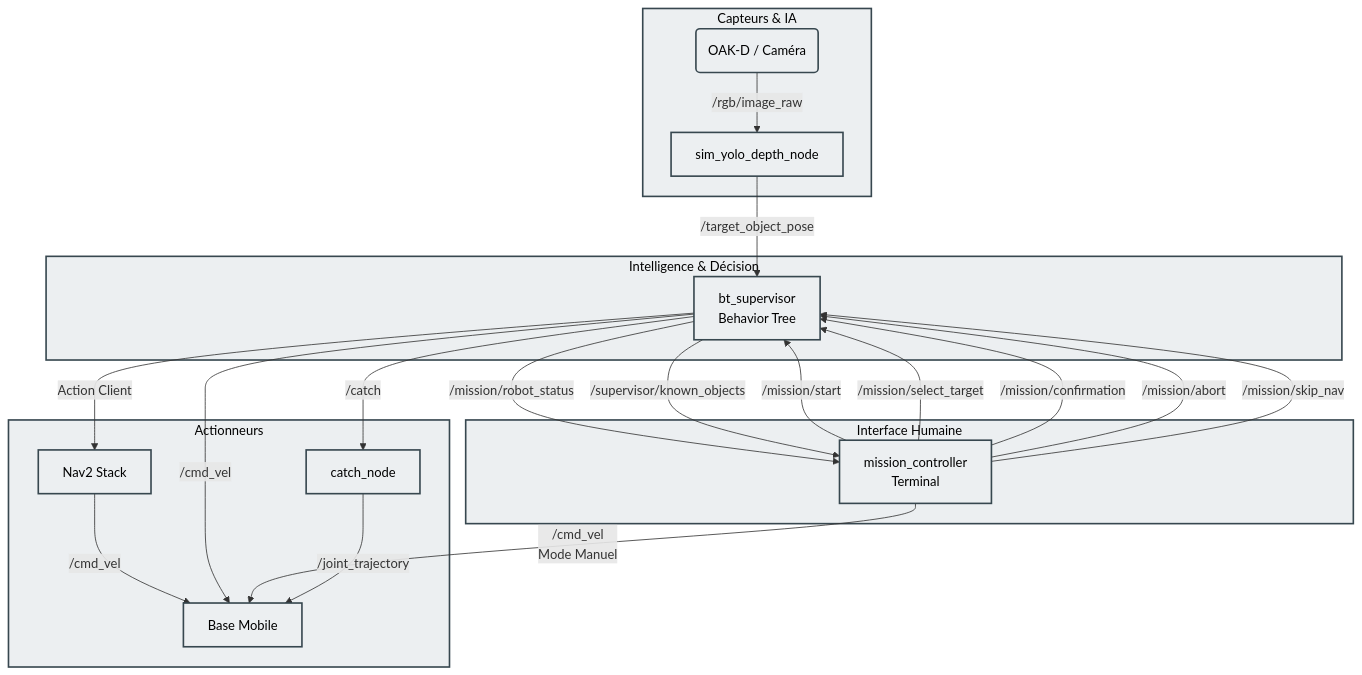
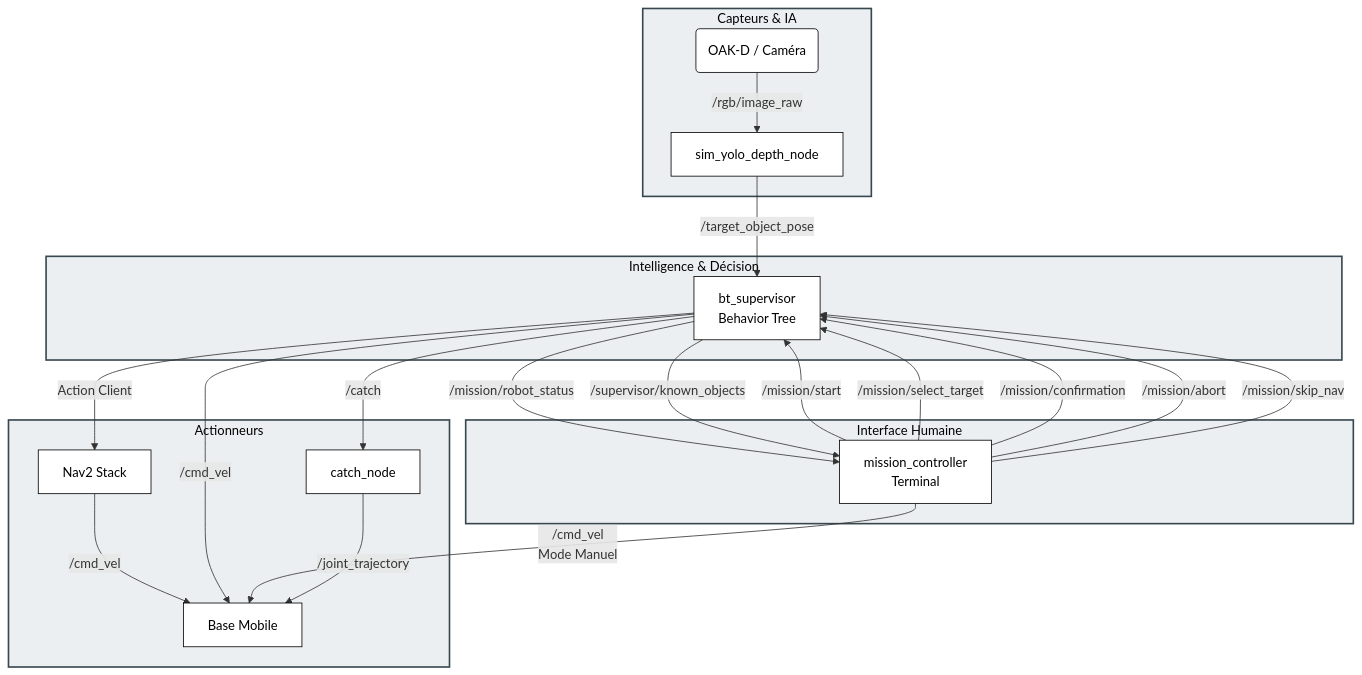
The second of 3 diagrams in README.md (NoeFBou/exploration_and_research_turtlebot), drawn with Mermaid before and after one commit. The commit also changed other lines of this file, not shown here.

````diff
--- a/README.md
+++ b/README.md
@@ -317,52 +309,48 @@
 ```mermaid
 graph TD
-    %% Noeuds ROS 2
     subgraph SENSORS [Capteurs & IA]
         Cam(OAK-D / Caméra)
         YOLO[sim_yolo_depth_node]
     end
 
     subgraph BRAIN [Intelligence & Décision]
         BT[bt_supervisor<br/>Behavior Tree]
     end
 
     subgraph UI [Interface Humaine]
         CTRL[mission_controller<br/>Terminal]
     end
 
     subgraph ACTUATORS [Actionneurs]
         Nav2[Nav2 Stack]
         Catch[catch_node]
         Base[Base Mobile]
     end
 
-    %% Flux de données (Topics)
     Cam -->|/rgb/image_raw| YOLO
     YOLO -->|/target_object_pose| BT
     
-    %% Communication Supervisor <-> Controller
     BT -->|/mission/robot_status| CTRL
     BT -->|/supervisor/known_objects| CTRL
     
     CTRL -->|/mission/start| BT
     CTRL -->|/mission/select_target| BT
     CTRL -->|/mission/confirmation| BT
     CTRL -->|/mission/abort| BT
     CTRL -->|/mission/skip_nav| BT
 
-    %% Actions du Cerveau
     BT -->|Action Client| Nav2
     BT -->|/catch| Catch
     
-    %% Commandes Moteurs (Priorités)
     Nav2 -->|/cmd_vel| Base
     BT -->|/cmd_vel| Base
     CTRL -->|/cmd_vel<br/>Mode Manuel| Base
     Catch -->|/joint_trajectory| Base
 
-    %% Styles
-    %% Ajout de color:#000 pour que le titre des subgraphs reste noir
-    classDef node fill:#eceff1,stroke:#37474f,stroke-width:2px,color:#000;
-    classDef topic stroke-dasharray: 5 5;
-    class SENSORS,BRAIN,UI,ACTUATORS node;
+    classDef group fill:#eceff1,stroke:#37474f,stroke-width:2px,color:#000;
+    
+    classDef item fill:#ffffff,stroke:#000000,stroke-width:1px,color:#000;
+
+    class SENSORS,BRAIN,UI,ACTUATORS group;
+    class Cam,YOLO,BT,CTRL,Nav2,Catch,Base item;
 ```
````
